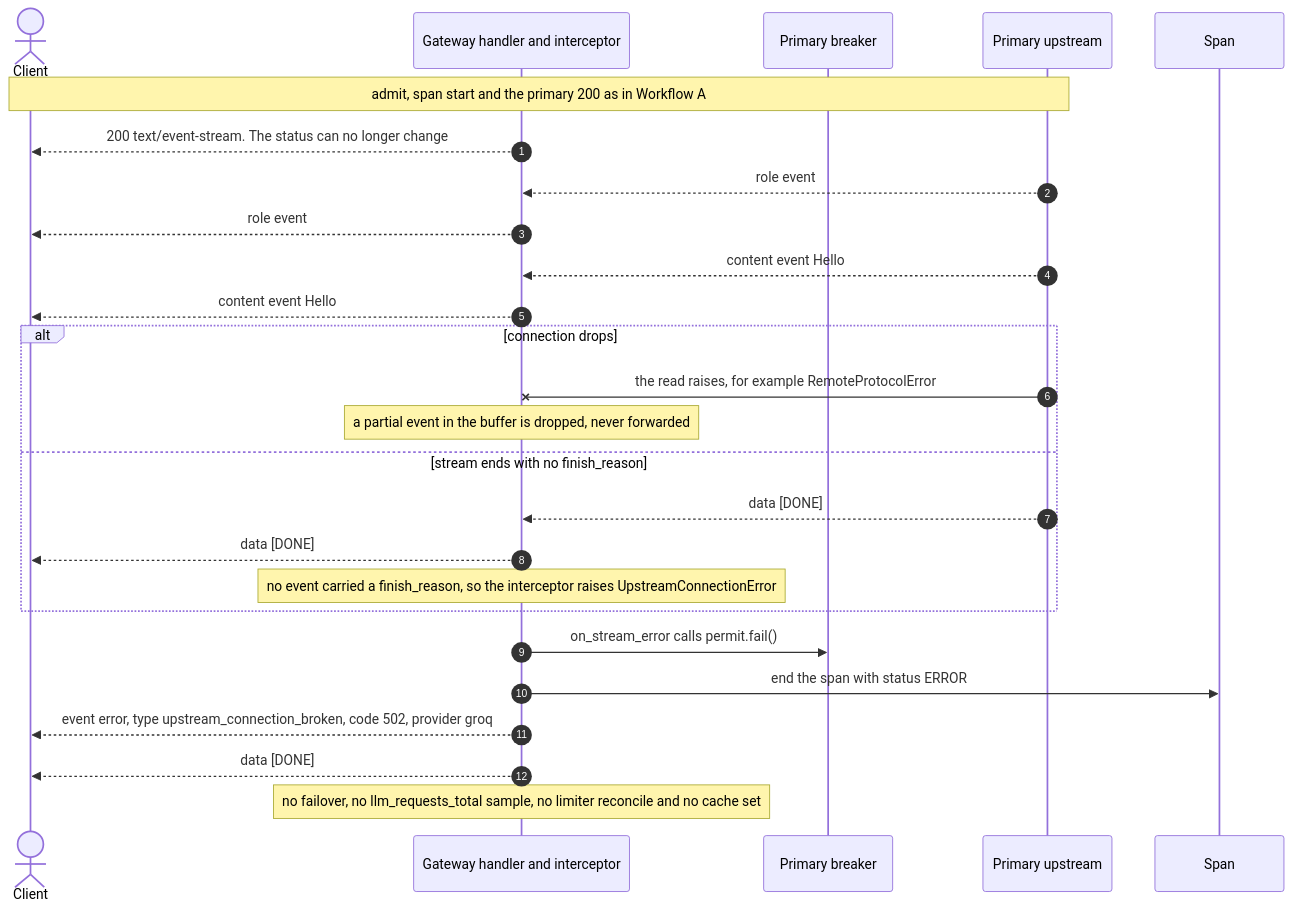
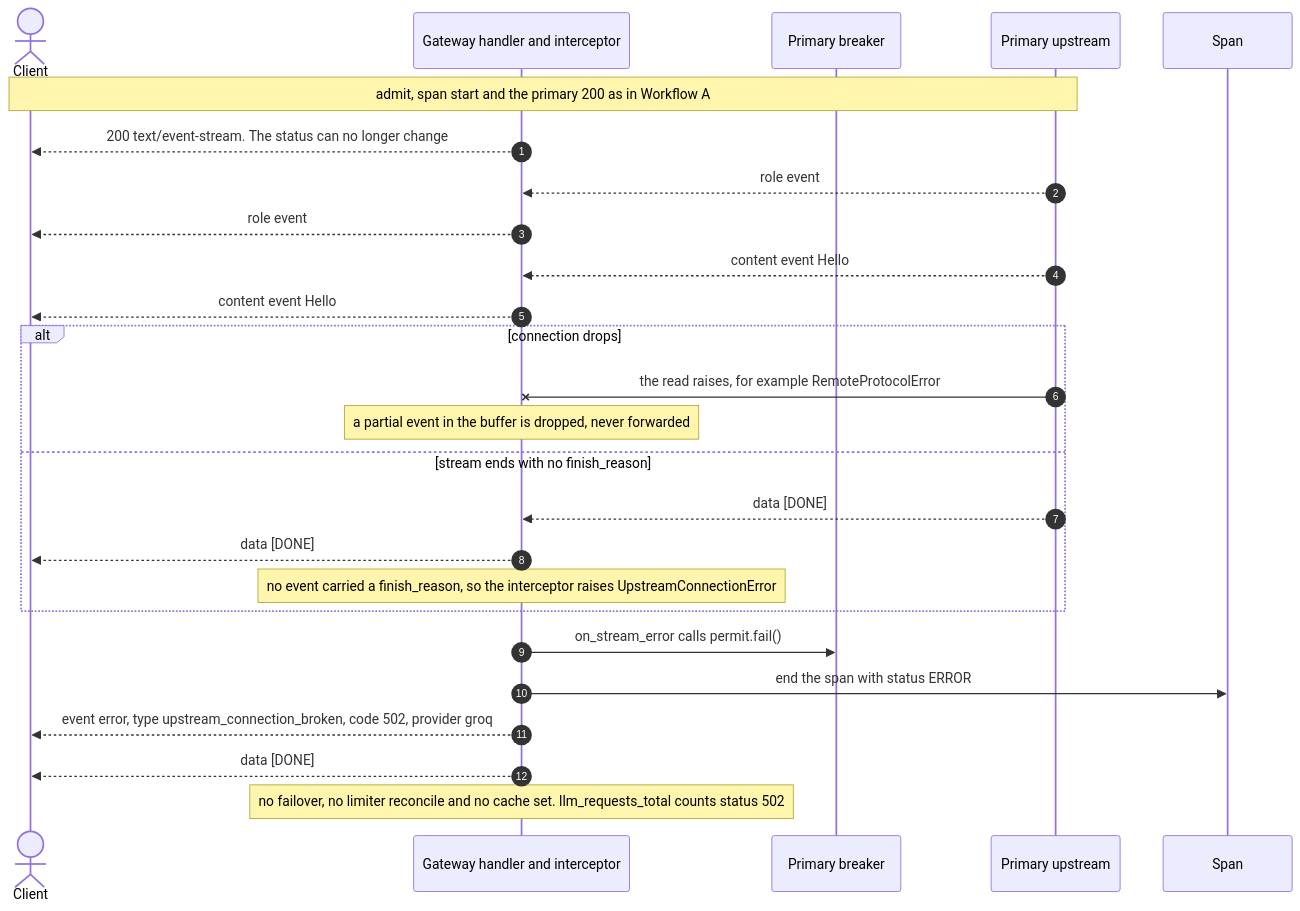
The fifth of 6 diagrams in WORKFLOW_AND_LIFECYCLE.md (OmChauhan9/ai-gateway-streaming), drawn with Mermaid before and after one commit. The commit also changed other lines of this file and 1 other file, not shown here.

````diff
--- a/WORKFLOW_AND_LIFECYCLE.md
+++ b/WORKFLOW_AND_LIFECYCLE.md
@@ -377,29 +379,29 @@
 ```mermaid
 sequenceDiagram
     autonumber
     actor Client
     participant GW as Gateway handler and interceptor
     participant PB as Primary breaker
     participant Pri as Primary upstream
     participant Tel as Span
 
     Note over Client,Pri: admit, span start and the primary 200 as in Workflow A
     GW-->>Client: 200 text/event-stream. The status can no longer change
     Pri-->>GW: role event
     GW-->>Client: role event
     Pri-->>GW: content event Hello
     GW-->>Client: content event Hello
     alt connection drops
         Pri-xGW: the read raises, for example RemoteProtocolError
         Note over GW: a partial event in the buffer is dropped, never forwarded
     else stream ends with no finish_reason
         Pri-->>GW: data [DONE]
         GW-->>Client: data [DONE]
         Note over GW: no event carried a finish_reason, so the interceptor raises UpstreamConnectionError
     end
     GW->>PB: on_stream_error calls permit.fail()
     GW->>Tel: end the span with status ERROR
     GW-->>Client: event error, type upstream_connection_broken, code 502, provider groq
     GW-->>Client: data [DONE]
-    Note over GW: no failover, no llm_requests_total sample, no limiter reconcile and no cache set
+    Note over GW: no failover, no limiter reconcile and no cache set. llm_requests_total counts status 502
 ```
````
